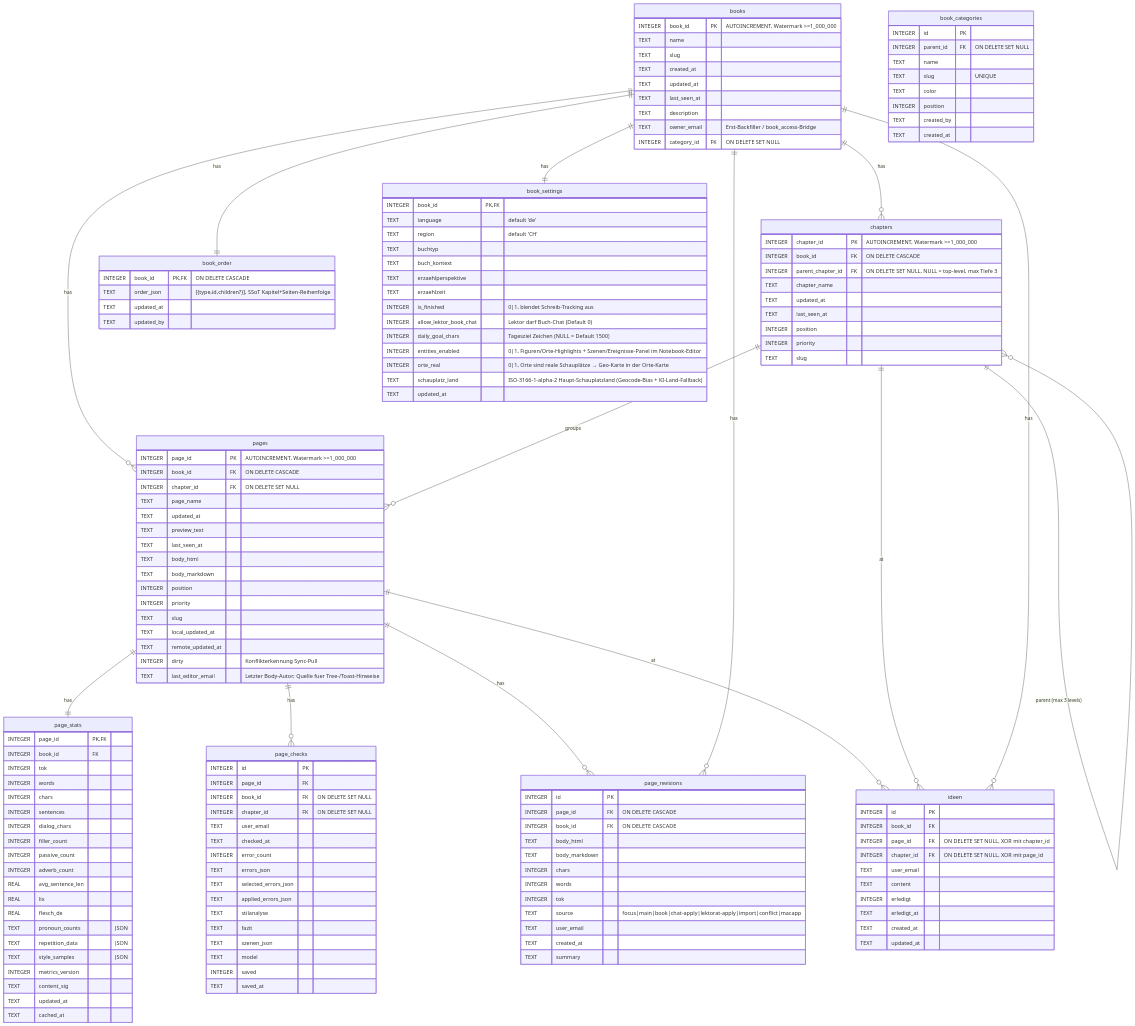
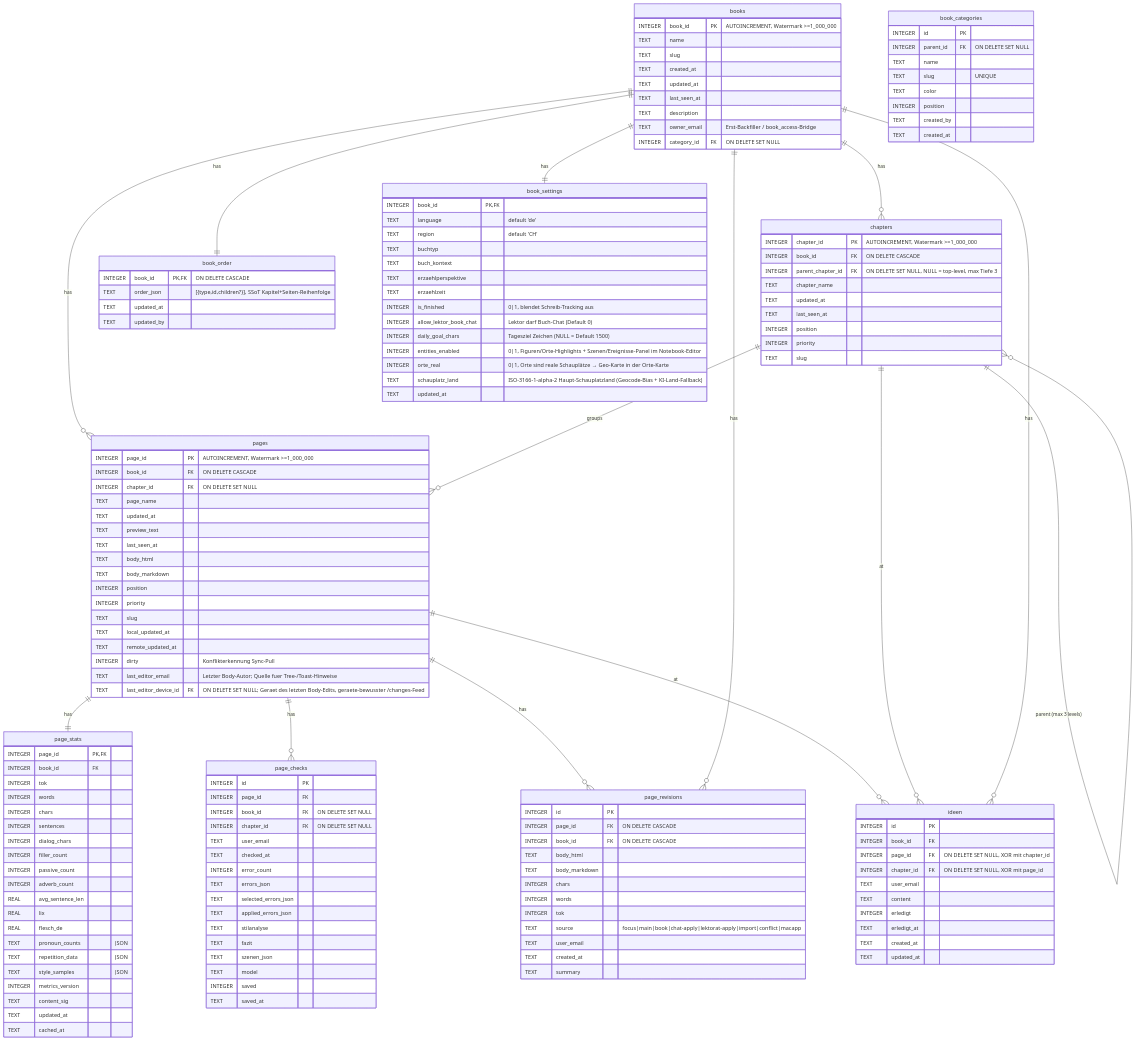
The second of 6 diagrams in docs/erd.md (bedeberger/schreibwerkstatt), drawn with Mermaid before and after one commit. The commit also changed other lines of this file and 34 other files, not shown here.

```diff
--- a/docs/erd.md
+++ b/docs/erd.md
@@ -234,6 +235,7 @@
     TEXT    remote_updated_at
     INTEGER dirty "Konflikterkennung Sync-Pull"
     TEXT    last_editor_email "Letzter Body-Autor; Quelle fuer Tree-/Toast-Hinweise"
+    TEXT    last_editor_device_id FK "ON DELETE SET NULL; Geraet des letzten Body-Edits, geraete-bewusster /changes-Feed"
   }
   page_stats {
     INTEGER page_id          PK,FK
```
